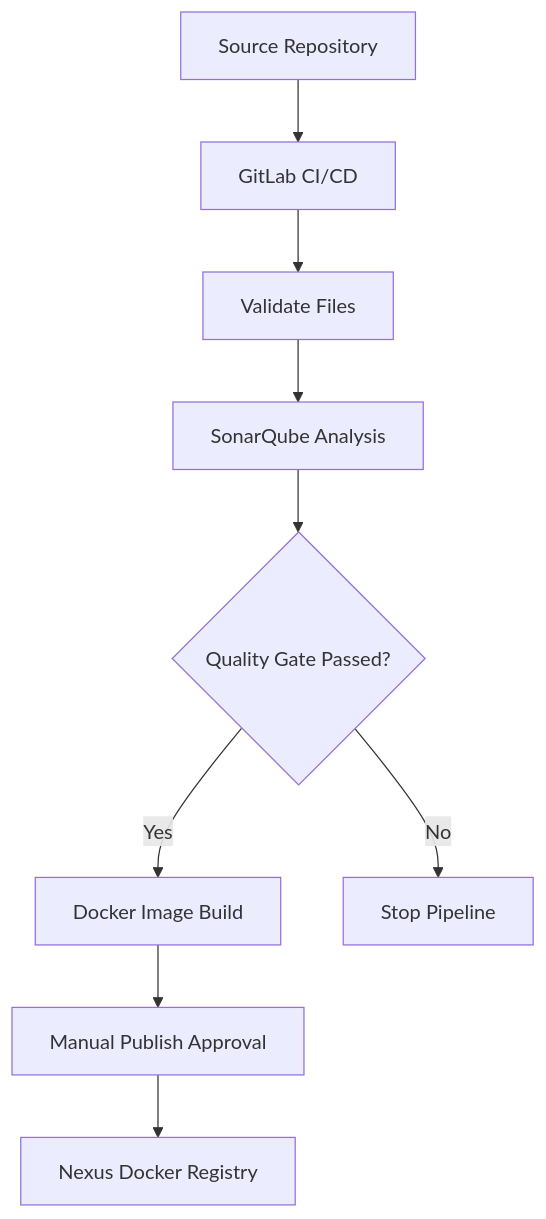
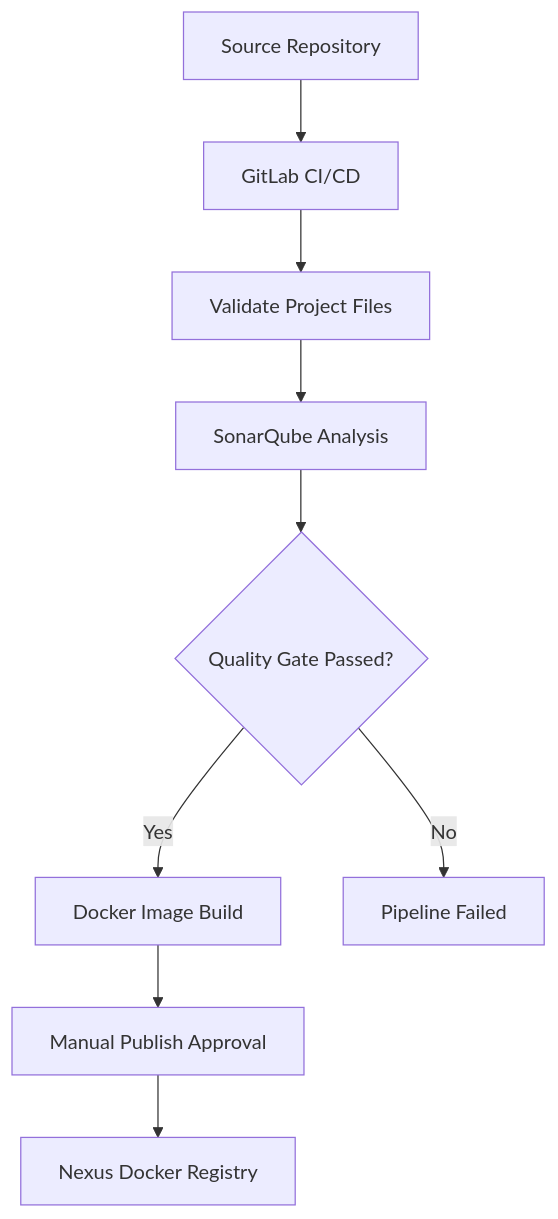
Before and after one commit to elahegivi/infrastructure-automation-cicd: the first of 4 diagrams in docs/cicd-architecture.md, drawn with Mermaid. The commit also changed other lines of this file, not shown here.

Commit message:
Refine infrastructure automation and CI/CD architecture

````diff
--- a/docs/cicd-architecture.md
+++ b/docs/cicd-architecture.md
@@ -14,17 +24,17 @@
 ```mermaid
 flowchart TD
     A["Source Repository"]
     B["GitLab CI/CD"]
-    C["Validate Files"]
+    C["Validate Project Files"]
     D["SonarQube Analysis"]
     E{"Quality Gate Passed?"}
     F["Docker Image Build"]
     G["Manual Publish Approval"]
     H["Nexus Docker Registry"]
-    I["Stop Pipeline"]
+    I["Pipeline Failed"]
 
     A --> B --> C --> D --> E
     E -->|Yes| F
     E -->|No| I
     F --> G --> H
 ```
````
